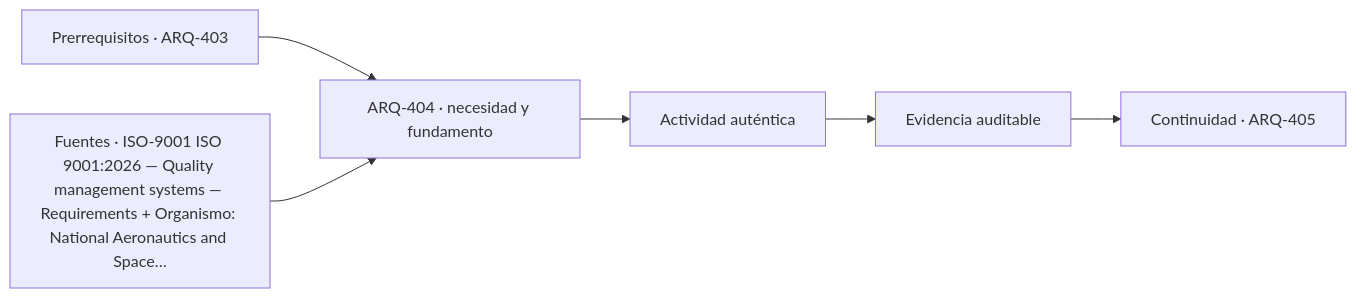
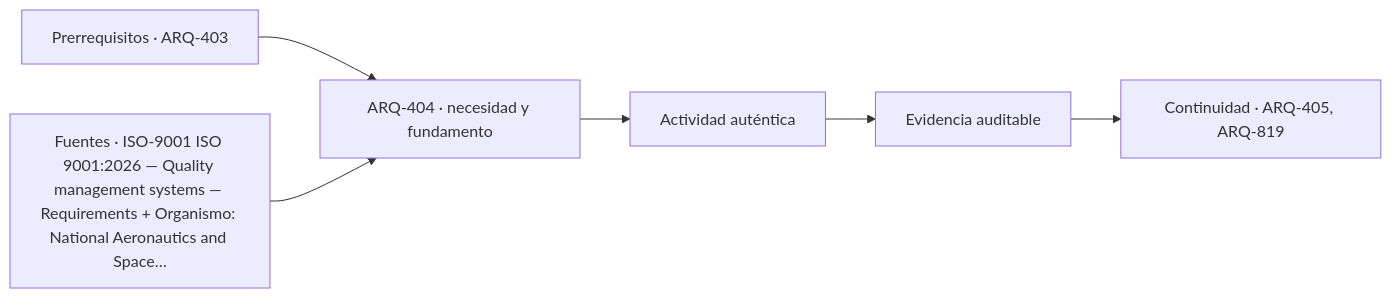
The diagram in classes/parte-41/ARQ-404.md (vladimiracunadev-create/architecture-built-environment-learning-program), drawn with Mermaid before and after one commit. The commit also changed other lines of this file and 234 other files, not shown here.

````diff
--- a/classes/parte-41/ARQ-404.md
+++ b/classes/parte-41/ARQ-404.md
@@ -103,8 +103,8 @@
 ```mermaid
 flowchart LR
     A["Prerrequisitos · ARQ-403"] --> B["ARQ-404 · necesidad y fundamento"]
     S["Fuentes · ISO-9001 ISO 9001:2026 — Quality management systems — Requirements + Organismo: National Aeronautics and Space…"] --> B
     B --> C["Actividad auténtica"]
     C --> D["Evidencia auditable"]
-    D --> E["Continuidad · ARQ-405"]
+    D --> E["Continuidad · ARQ-405, ARQ-819"]
 ```
````
